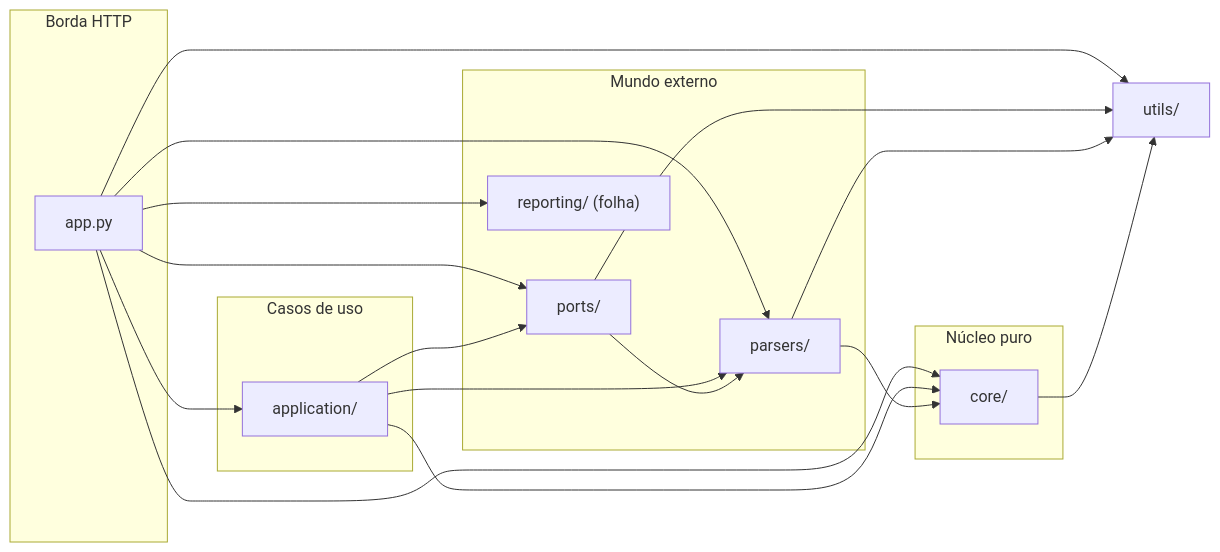
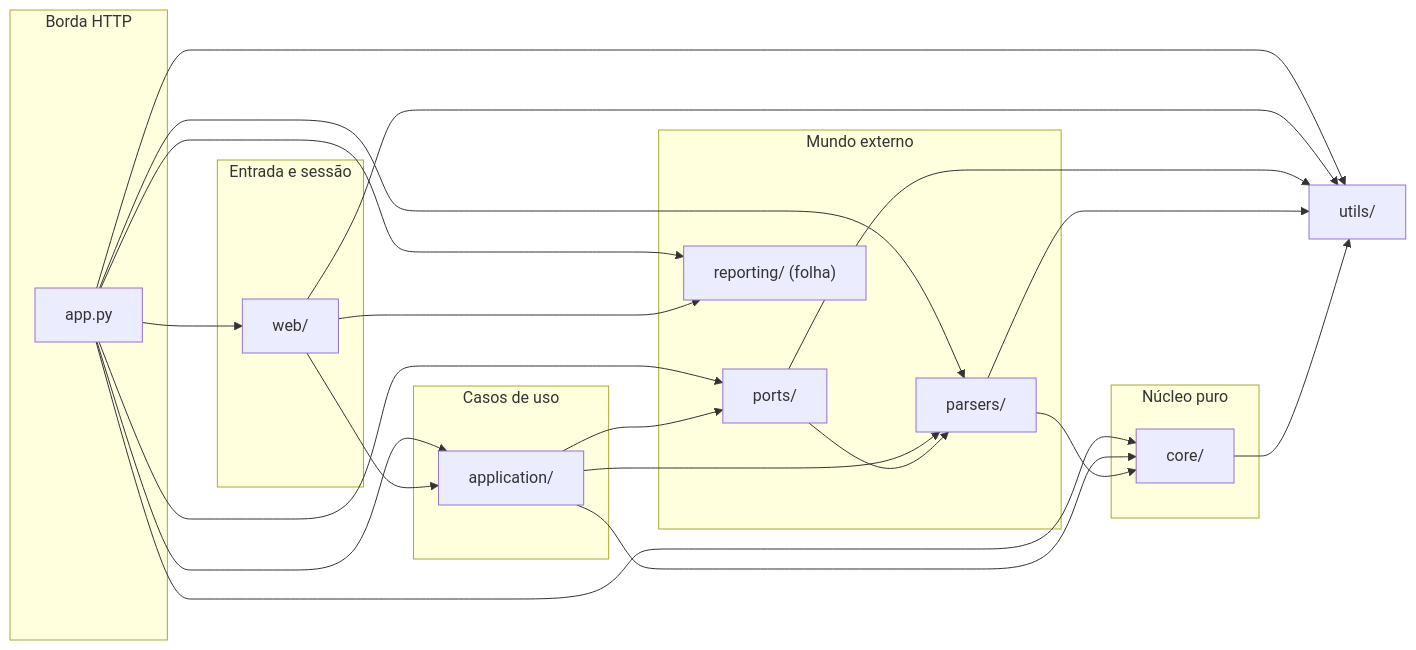
The fourth of 4 diagrams in README.md (Adriano1976/reversa-analisador-genealogico), drawn with Mermaid before and after one commit. The commit also changed other lines of this file, not shown here.

````diff
--- a/README.md
+++ b/README.md
@@ -263,33 +291,40 @@
 ```mermaid
 flowchart LR
     subgraph borda["Borda HTTP"]
         APP["app.py"]
+    end
+    subgraph entrada["Entrada e sessão"]
+        WEB["web/"]
     end
     subgraph casos["Casos de uso"]
         UC["application/"]
     end
     subgraph externo["Mundo externo"]
         PORTS["ports/"]
         PARSERS["parsers/"]
         REPORT["reporting/ (folha)"]
     end
     subgraph puro["Núcleo puro"]
         CORE["core/"]
     end
     UTILS["utils/"]
 
+    APP --> WEB
     APP --> UC
     APP --> PORTS
     APP --> PARSERS
     APP --> CORE
     APP --> REPORT
     APP --> UTILS
+    WEB --> UC
+    WEB --> REPORT
+    WEB --> UTILS
     UC --> CORE
     UC --> PORTS
     UC --> PARSERS
     PORTS --> PARSERS
     PORTS --> UTILS
     PARSERS --> CORE
     PARSERS --> UTILS
     CORE --> UTILS
 ```
````
